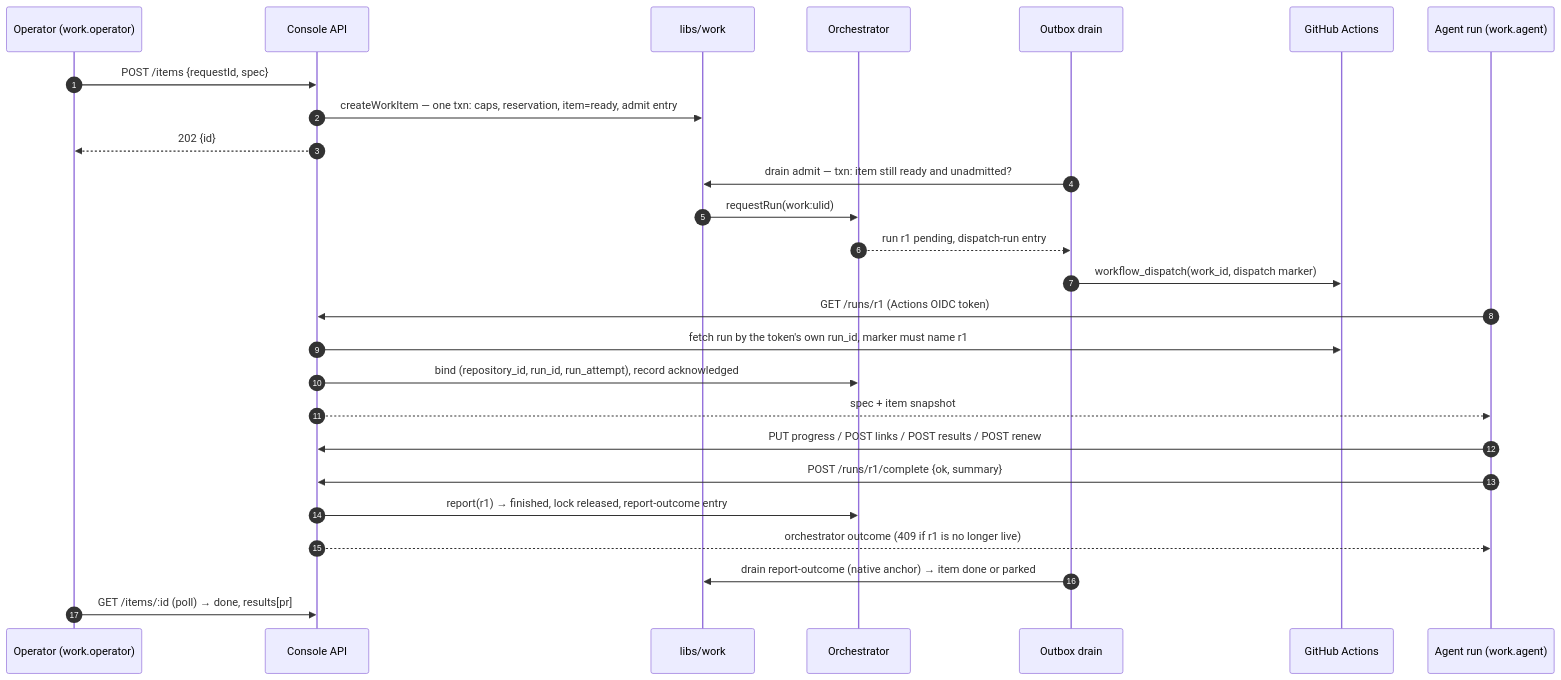
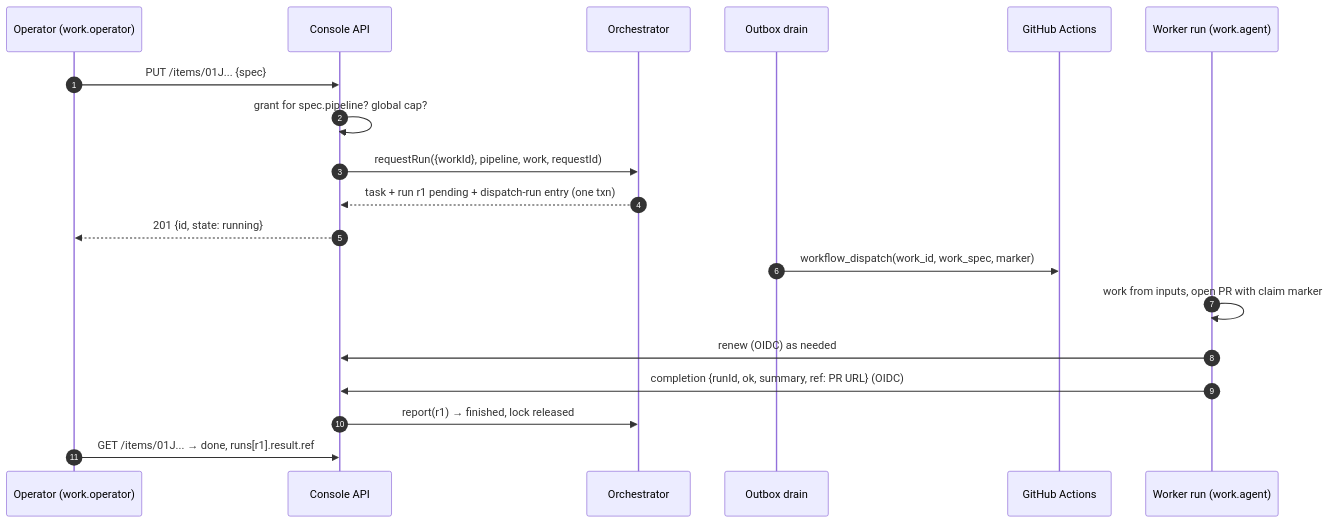
Before and after one commit to jlapenna/agent-lcars: the fourth of 4 diagrams in docs/superpowers/specs/2026-08-23-native-work-items-design.md, drawn with Mermaid. The commit also changed other lines of this file, not shown here.

First line of the commit message:
docs(work): rewrite the spec on the one-store model

````diff
--- a/docs/superpowers/specs/2026-08-23-native-work-items-design.md
+++ b/docs/superpowers/specs/2026-08-23-native-work-items-design.md
@@ -513,29 +265,22 @@
 ```mermaid
 sequenceDiagram
   autonumber
   participant O as Operator (work.operator)
   participant API as Console API
-  participant W as libs/work
   participant X as Orchestrator
   participant D as Outbox drain
   participant GH as GitHub Actions
-  participant A as Agent run (work.agent)
+  participant A as Worker run (work.agent)
 
-  O->>API: POST /items {requestId, spec}
-  API->>W: createWorkItem — one txn: caps, reservation, item=ready, admit entry
-  API-->>O: 202 {id}
-  D->>W: drain admit — txn: item still ready and unadmitted?
-  W->>X: requestRun(work:ulid)
-  X-->>D: run r1 pending, dispatch-run entry
-  D->>GH: workflow_dispatch(work_id, dispatch marker)
-  A->>API: GET /runs/r1 (Actions OIDC token)
-  API->>GH: fetch run by the token's own run_id, marker must name r1
-  API->>X: bind (repository_id, run_id, run_attempt), record acknowledged
-  API-->>A: spec + item snapshot
-  A->>API: PUT progress / POST links / POST results / POST renew
-  A->>API: POST /runs/r1/complete {ok, summary}
-  API->>X: report(r1) → finished, lock released, report-outcome entry
-  API-->>A: orchestrator outcome (409 if r1 is no longer live)
-  D->>W: drain report-outcome (native anchor) → item done or parked
-  O->>API: GET /items/:id (poll) → done, results[pr]
+  O->>API: PUT /items/01J... {spec}
+  API->>API: grant for spec.pipeline? global cap?
+  API->>X: requestRun({workId}, pipeline, work, requestId)
+  X-->>API: task + run r1 pending + dispatch-run entry (one txn)
+  API-->>O: 201 {id, state: running}
+  D->>GH: workflow_dispatch(work_id, work_spec, marker)
+  A->>A: work from inputs, open PR with claim marker
+  A->>API: renew (OIDC) as needed
+  A->>API: completion {runId, ok, summary, ref: PR URL} (OIDC)
+  API->>X: report(r1) → finished, lock released
+  O->>API: GET /items/01J... → done, runs[r1].result.ref
 ```
````
